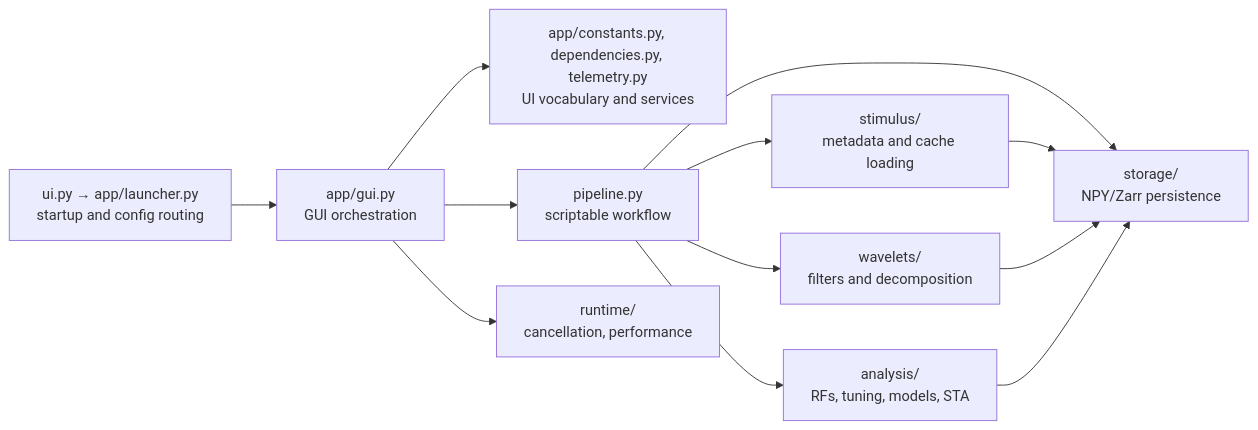
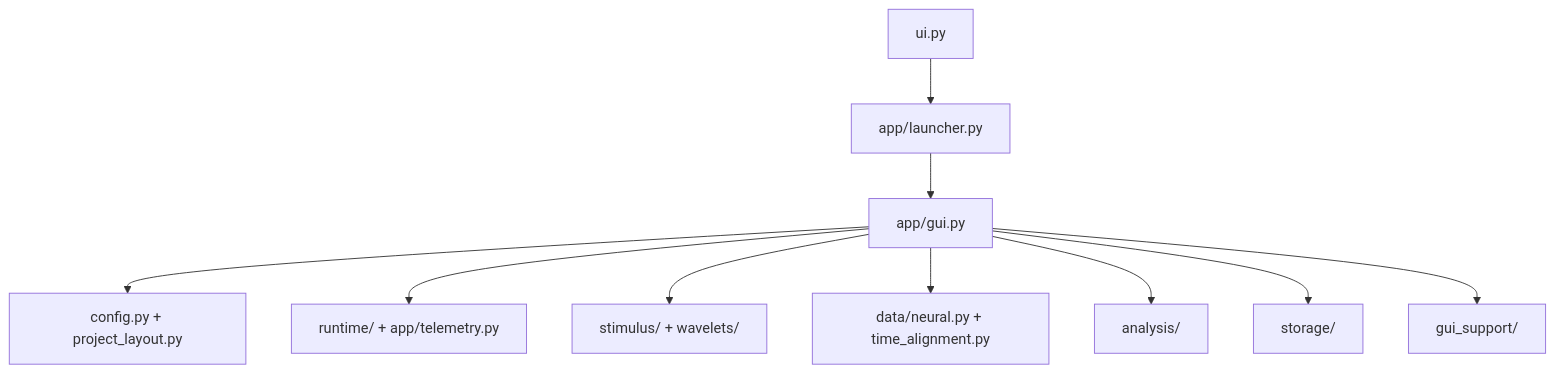
One commit to abdwaleed/waven changed the diagram in docs/reference/source-architecture.md. Above: the diagram before and after it, drawn with Mermaid. The commit also changed other lines of this file and 46 other files, not shown here.

````diff
--- a/docs/reference/source-architecture.md
+++ b/docs/reference/source-architecture.md
@@ -10,14 +6,12 @@
 ```mermaid
-flowchart LR
-    Launcher["ui.py → app/launcher.py\nstartup and config routing"] --> App["app/gui.py\nGUI orchestration"]
-    App --> AppServices["app/constants.py, dependencies.py, telemetry.py\nUI vocabulary and services"]
-    App["app/gui.py\nGUI orchestration"] --> Pipeline["pipeline.py\nscriptable workflow"]
-    App --> Runtime["runtime/\ncancellation, performance"]
-    Pipeline --> Stimulus["stimulus/\nmetadata and cache loading"]
-    Pipeline --> Wavelets["wavelets/\nfilters and decomposition"]
-    Pipeline --> Analysis["analysis/\nRFs, tuning, models, STA"]
-    Pipeline --> Storage["storage/\nNPY/Zarr persistence"]
-    Stimulus --> Storage
-    Wavelets --> Storage
-    Analysis --> Storage
+flowchart TD
+    UI["ui.py"] --> Launch["app/launcher.py"]
+    Launch --> GUI["app/gui.py"]
+    GUI --> Config["config.py + project_layout.py"]
+    GUI --> Runtime["runtime/ + app/telemetry.py"]
+    GUI --> Stimulus["stimulus/ + wavelets/"]
+    GUI --> Neural["data/neural.py + time_alignment.py"]
+    GUI --> Analysis["analysis/"]
+    GUI --> Storage["storage/"]
+    GUI --> Support["gui_support/"]
 ```
````
